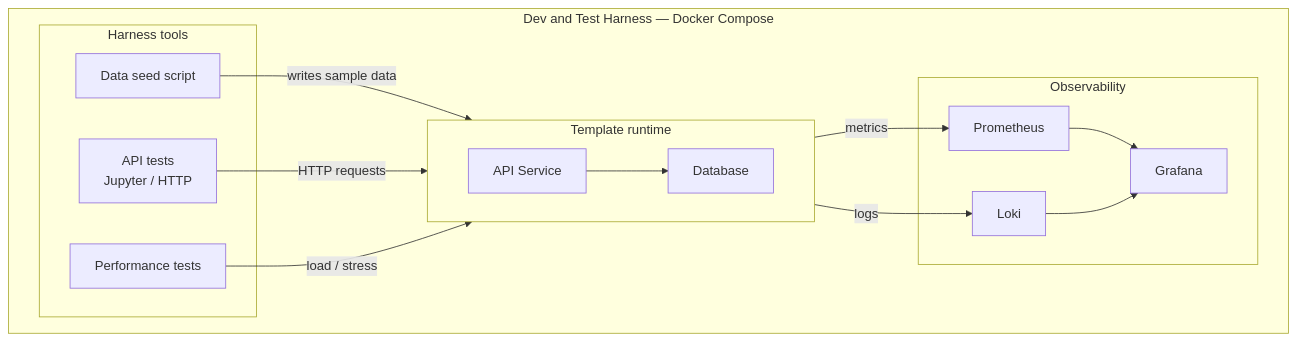
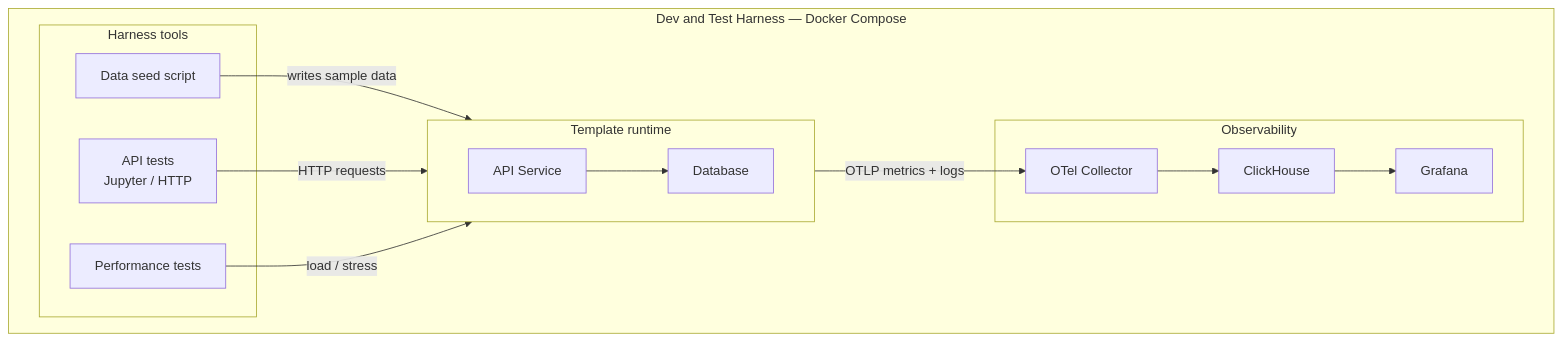
The diagram in simple-api-service-templates/readme.md (paulAlexSerban/wbk--web-engineering), drawn with Mermaid before and after one commit. The commit also changed other lines of this file and 58 other files, not shown here.

````diff
--- a/simple-api-service-templates/readme.md
+++ b/simple-api-service-templates/readme.md
@@ -42,31 +42,30 @@
 ```mermaid
 flowchart LR
         subgraph Harness["Dev and Test Harness — Docker Compose"]
         direction LR
 
         subgraph Tools["Harness tools"]
             Seed["Data seed script"]
             ApiTests["API tests<br/>Jupyter / HTTP"]
             Perf["Performance tests"]
         end
 
         subgraph Runtime["Template runtime"]
             direction LR
             API["API Service"] --> DB["Database"]
         end
 
         subgraph Observability["Observability"]
-            Prom["Prometheus"]
-            Loki["Loki"]
+            Collector["OTel Collector"]
+            CH["ClickHouse"]
             Graf["Grafana"]
         end
 
         Seed -->|writes sample data| DB
         ApiTests -->|HTTP requests| API
         Perf -->|load / stress| API
-        API -->|metrics| Prom
-        API -->|logs| Loki
-        Prom --> Graf
-        Loki --> Graf
+        API -->|OTLP metrics + logs| Collector
+        Collector --> CH
+        CH --> Graf
     end
 ```
````
